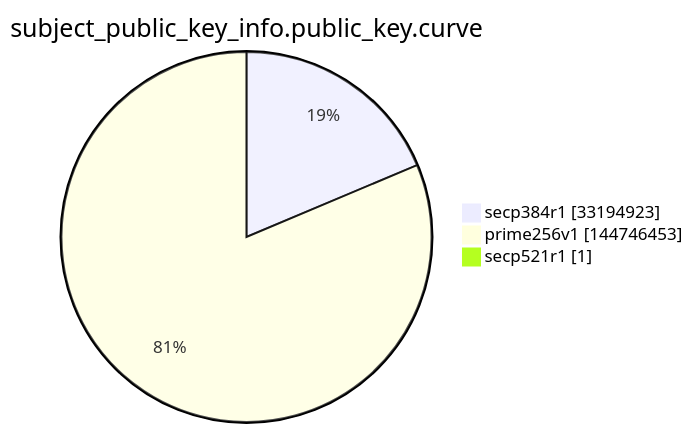
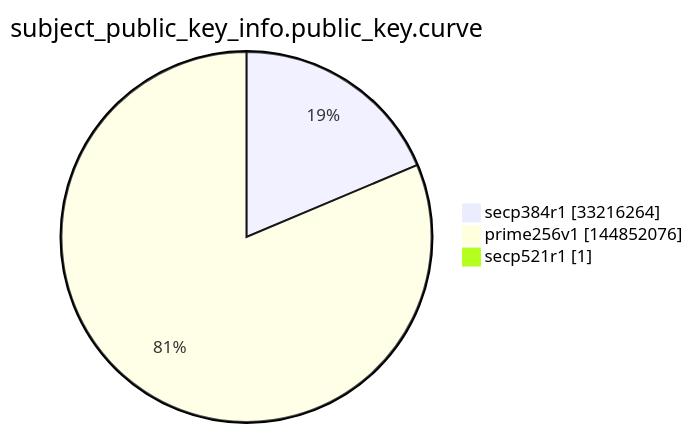
Before and after one commit to christiankrug/ctmonitor_visualization: the ninth of 15 diagrams in argon2022/README.md, drawn with Mermaid. The commit also changed other lines of this file, not shown here.

````diff
--- a/argon2022/README.md
+++ b/argon2022/README.md
@@ -2764,7 +2764,7 @@
 ```mermaid
 pie showData
 title subject_public_key_info.public_key.curve
-"secp384r1" :33194923
-"prime256v1" :144746453
+"secp384r1" :33216264
+"prime256v1" :144852076
 "secp521r1" :1
 ```
````
